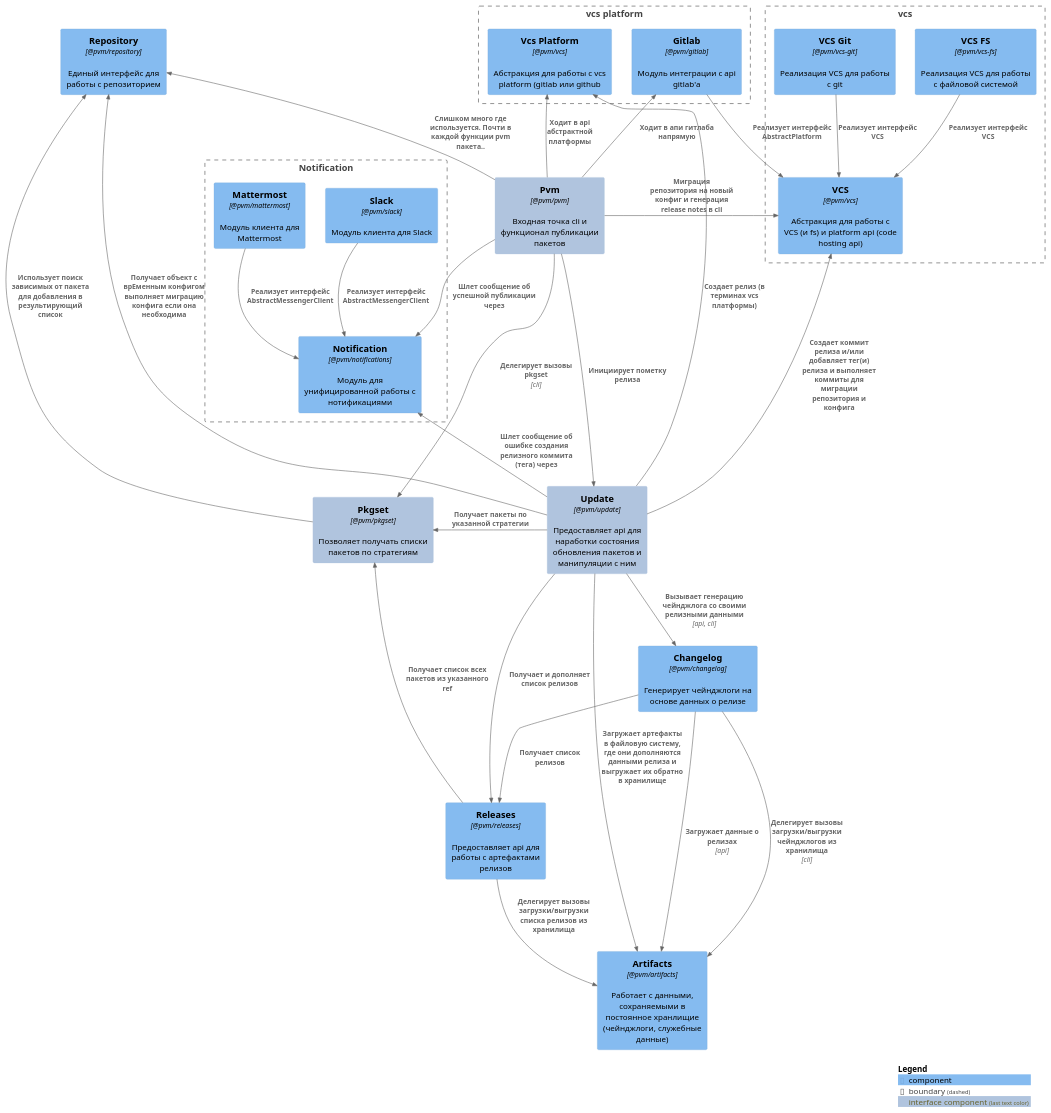
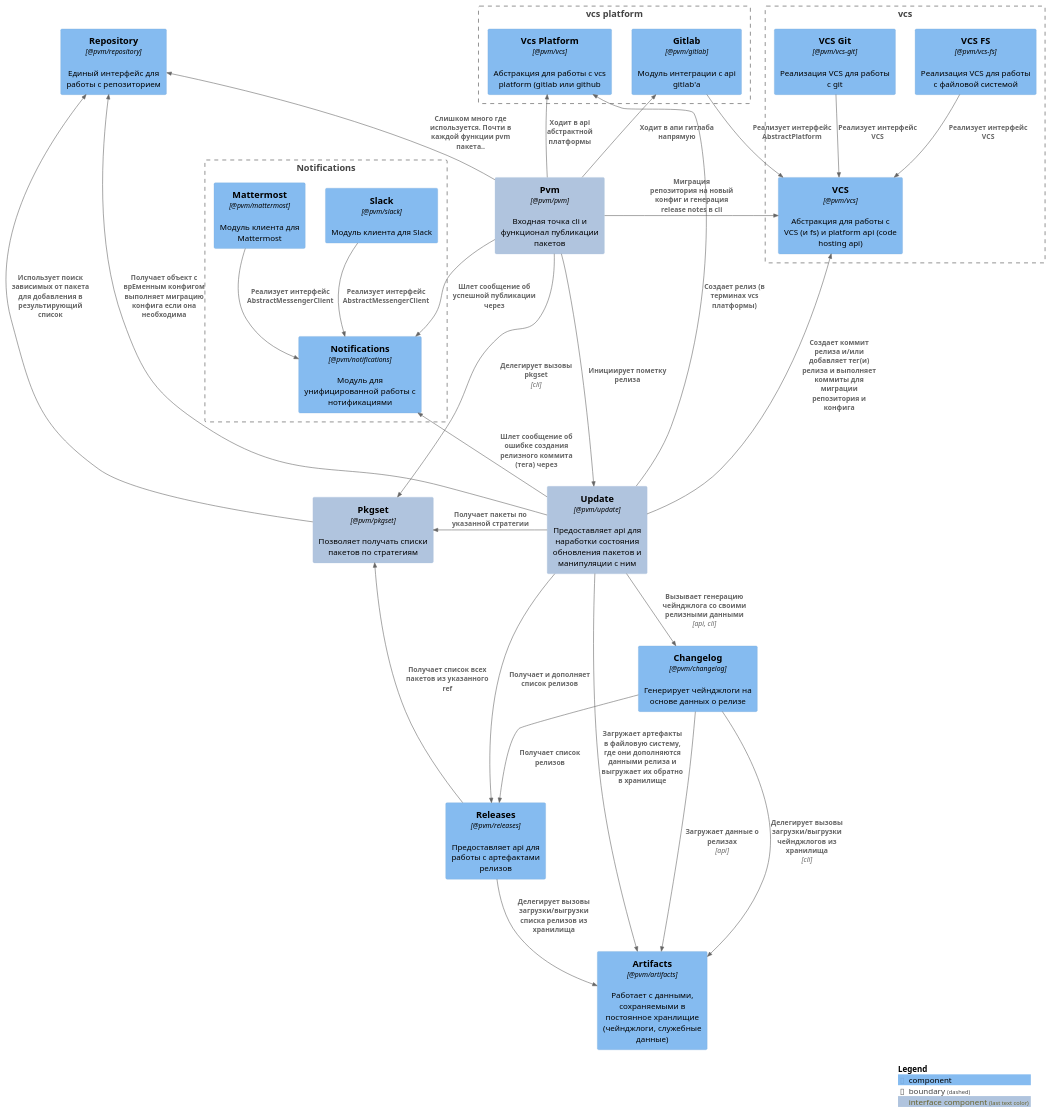
Before and after one commit to Tinkoff/pvm: the diagram in website/docs/arch/c4/components.puml, drawn with PlantUML. The commit also changed 27 other files, not shown here.

```diff
--- a/website/docs/arch/c4/components.puml
+++ b/website/docs/arch/c4/components.puml
@@ -1,62 +1,62 @@
 @startuml components
 skinparam defaultFontName Helvetica
 !include https://raw.githubusercontent.com/plantuml-stdlib/C4-PlantUML/master/C4_Component.puml
 
 AddElementTag("interface component", $bgColor="#lightsteelblue",$borderColor="lightsteelblue")
 
 Component(artifacts, "Artifacts", "@pvm/artifacts", "Работает с данными, сохраняемыми в постоянное хранлищие (чейнджлоги, служебные данные)")
 Component(changelog, "Changelog", "@pvm/changelog", "Генерирует чейнджлоги на основе данных о релизе")
 Component(releases, "Releases", "@pvm/releases", "Предоставляет api для работы с артефактами релизов")
 Component(repository, "Repository", "@pvm/repository", "Единый интерфейс для работы с репозиторием")
 
 Component(pkgset, "Pkgset", "@pvm/pkgset", "Позволяет получать списки пакетов по стратегиям", $tags="interface component")
 Component(pvm, "Pvm", "@pvm/pvm", "Входная точка cli и функционал публикации пакетов", $tags="interface component")
 Component(update, "Update", "@pvm/update", "Предоставляет api для наработки состояния обновления пакетов и манипуляции с ним", $tags="interface component")
 
 Boundary(vcs_group, "vcs") {
   Component(vcs, "VCS", "@pvm/vcs", "Абстракция для работы с VCS (и fs) и platform api (code hosting api)")
   Component(vcsFs, "VCS FS", "@pvm/vcs-fs", "Реализация VCS для работы с файловой системой")
   Component(vcsGit, "VCS Git", "@pvm/vcs-git", "Реализация VCS для работы с git")
 }
 
 Boundary(vcs_platform, "vcs platform") {
   Component(gitlab, "Gitlab", "@pvm/gitlab", "Модуль интеграции с api gitlab'а")
   Component(abstract_vcs_platform, "Vcs Platform", "@pvm/vcs", "Абстракция для работы с vcs platform (gitlab или github")
 }
 
-Boundary(messaging_group, "Notification") {
-  Component(messaging, "Notification", "@pvm/notifications", "Модуль для унифицированной работы с нотификациями")
+Boundary(notifications_group, "Notifications") {
+  Component(notifications, "Notifications", "@pvm/notifications", "Модуль для унифицированной работы с нотификациями")
   Component(slack, "Slack", "@pvm/slack", "Модуль клиента для Slack")
   Component(mattermost, "Mattermost", "@pvm/mattermost", "Модуль клиента для Mattermost")
 }
 
 
-Rel(pvm, messaging, "Шлет сообщение об успешной публикации через", $tags="relation")
+Rel(pvm, notifications, "Шлет сообщение об успешной публикации через", $tags="relation")
 Rel_D(pvm, pkgset, "Делегирует вызовы pkgset", cli)
 Rel_U(pvm, repository, "Слишком много где используется. Почти в каждой функции pvm пакета..")
 Rel_D(pvm, update, "Инициирует пометку релиза")
 Rel_L(pvm, vcs, "Миграция репозитория на новый конфиг и генерация release notes в cli")
 Rel(pvm, gitlab, "Ходит в апи гитлаба напрямую")
 Rel_U(pvm, abstract_vcs_platform, "Ходит в api абстрактной платформы")
 Rel(update, changelog, "Вызывает генерацию чейнджлога со своими релизными данными", "api, cli")
 Rel(update, artifacts, "Загружает артефакты в файловую систему, где они дополняются данными релиза и выгружает их обратно в хранилище")
 Rel(update, repository, "Получает объект с врЕменным конфигом выполняет миграцию конфига если она необходима")
 Rel_U(update, abstract_vcs_platform, "Создает релиз (в терминах vcs платформы)")
 Rel(update, releases, "Получает и дополняет список релизов")
 Rel_L(update, vcs, "Создает коммит релиза и/или добавляет тег(и) релиза и выполняет коммиты для миграции репозитория и конфига")
 Rel_L(update, pkgset, "Получает пакеты по указанной стратегии")
-Rel_U(update, messaging, "Шлет сообщение об ошибке создания релизного коммита (тега) через")
+Rel_U(update, notifications, "Шлет сообщение об ошибке создания релизного коммита (тега) через")
 Rel_U(pkgset, repository, "Использует поиск зависимых от пакета для добавления в результирующий список")
 Rel(changelog, artifacts, "Загружает данные о релизах", "api")
 Rel(changelog, artifacts, "Делегирует вызовы загрузки/выгрузки чейнджлогов из хранилища", cli)
 Rel(changelog, releases, "Получает список релизов")
 Rel(vcsGit, vcs, "Реализует интерфейс VCS")
 Rel(vcsFs, vcs, "Реализует интерфейс VCS")
-Rel(mattermost, messaging, "Реализует интерфейс AbstractMessengerClient")
-Rel(slack, messaging, Реализует интерфейс AbstractMessengerClient)
+Rel(mattermost, notifications, "Реализует интерфейс AbstractMessengerClient")
+Rel(slack, notifications, Реализует интерфейс AbstractMessengerClient)
 Rel(releases, pkgset, "Получает список всех пакетов из указанного ref")
 Rel(releases, artifacts, "Делегирует вызовы загрузки/выгрузки списка релизов из хранилища")
 Rel(gitlab, vcs, "Реализует интерфейс AbstractPlatform")
 
 SHOW_LEGEND()
 @enduml
```
